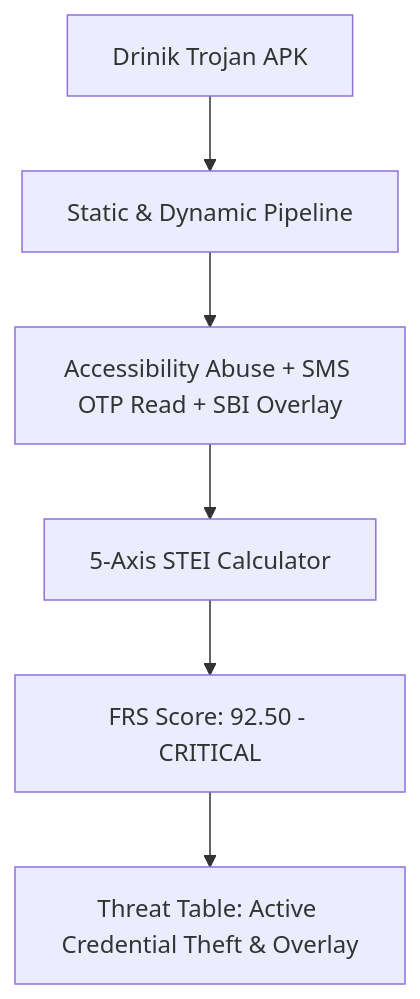
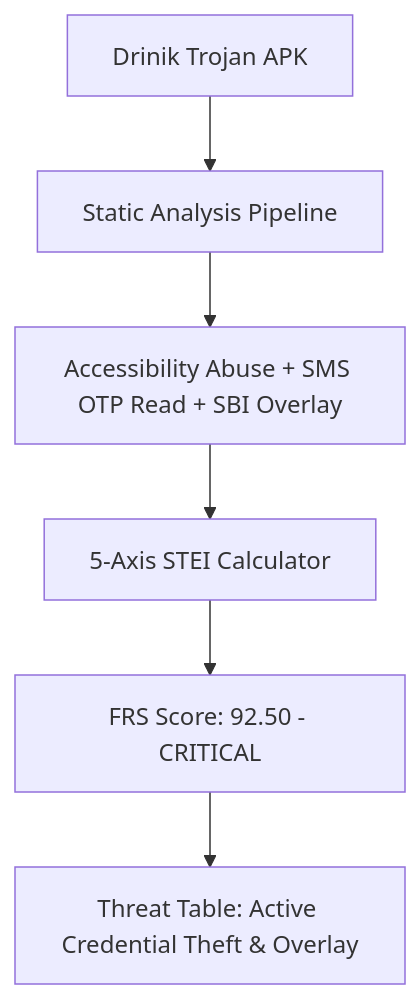
Before and after one commit to SanTiwari07/Sudarshan: the second of 3 diagrams in docs/evaluation/CASE_STUDIES.md, drawn with Mermaid. The commit also changed other lines of this file, not shown here.

Commit message:
docs: fix CASE_STUDIES.md evidentiary integrity - add STATIC-VERIFIED vs TARGET-STATE labels, correct false verified claim on dynamic sections, same treatment as VALIDATION.md

````diff
--- a/docs/evaluation/CASE_STUDIES.md
+++ b/docs/evaluation/CASE_STUDIES.md
@@ -80,8 +89,8 @@
 ```mermaid
 graph TD
-    A[Drinik Trojan APK] --> B[Static & Dynamic Pipeline]
+    A[Drinik Trojan APK] --> B[Static Analysis Pipeline]
     B --> C[Accessibility Abuse + SMS OTP Read + SBI Overlay]
     C --> D[5-Axis STEI Calculator]
     D --> E[FRS Score: 92.50 - CRITICAL]
     E --> F[Threat Table: Active Credential Theft & Overlay]
 ```
````
